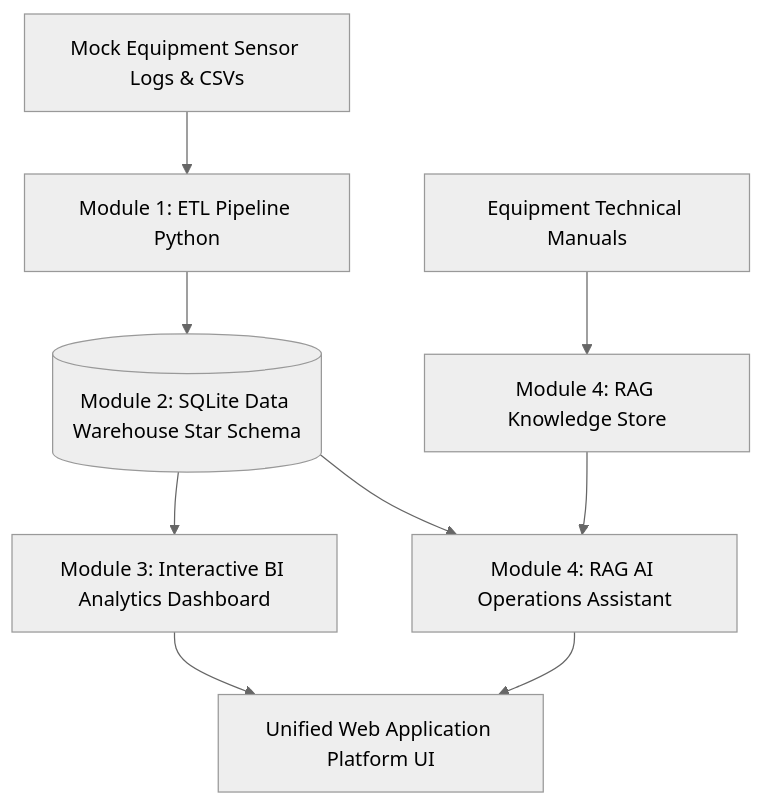
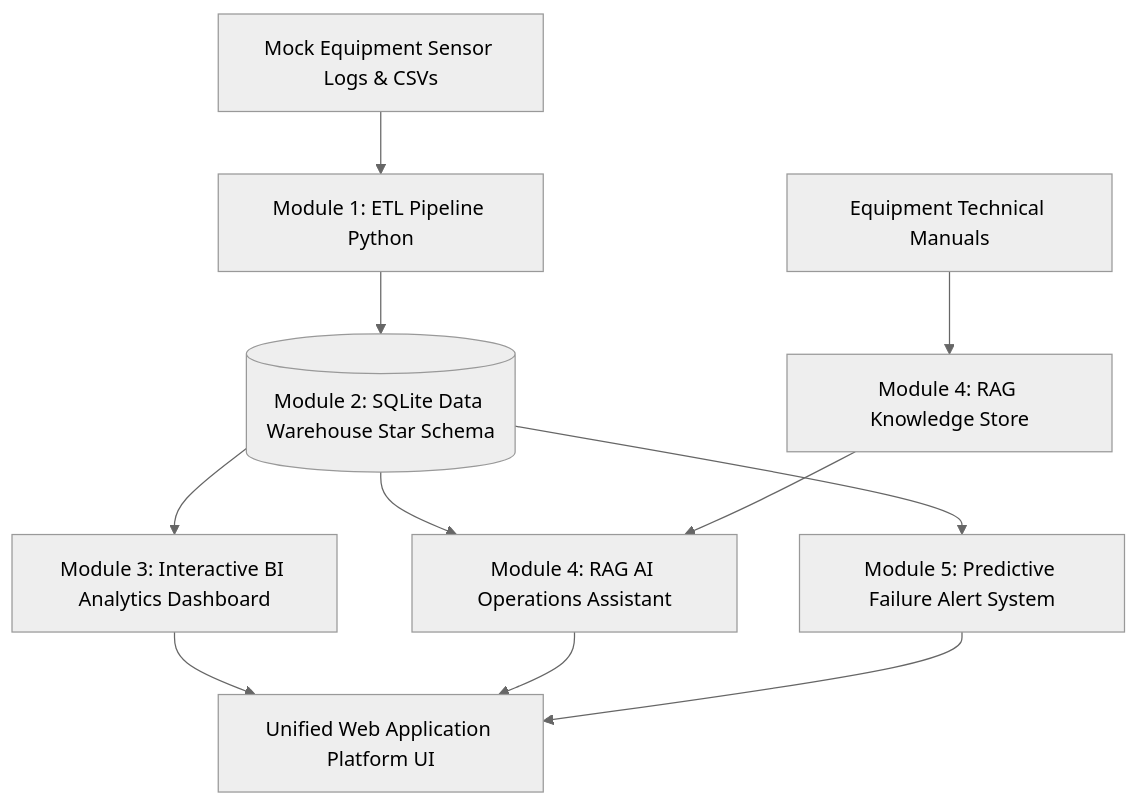
One commit to ManasviBhandary/AI-Assisted-Equipment-Maintenance-System-project- changed the diagram in README.md. Above: the diagram before and after it, drawn with Mermaid (neutral theme). The commit also changed other lines of this file, not shown here.

````diff
--- a/README.md
+++ b/README.md
@@ -30,11 +26,13 @@
 ```mermaid
 flowchart TD
     A[Mock Equipment Sensor Logs & CSVs] --> B[Module 1: ETL Pipeline Python]
     C[Equipment Technical Manuals] --> D[Module 4: RAG Knowledge Store]
     B --> E[(Module 2: SQLite Data Warehouse Star Schema)]
     E --> F[Module 3: Interactive BI Analytics Dashboard]
     E --> G[Module 4: RAG AI Operations Assistant]
+    E --> I[Module 5: Predictive Failure Alert System]
     D --> G
     F --> H[Unified Web Application Platform UI]
     G --> H
+    I --> H
 ```
````
